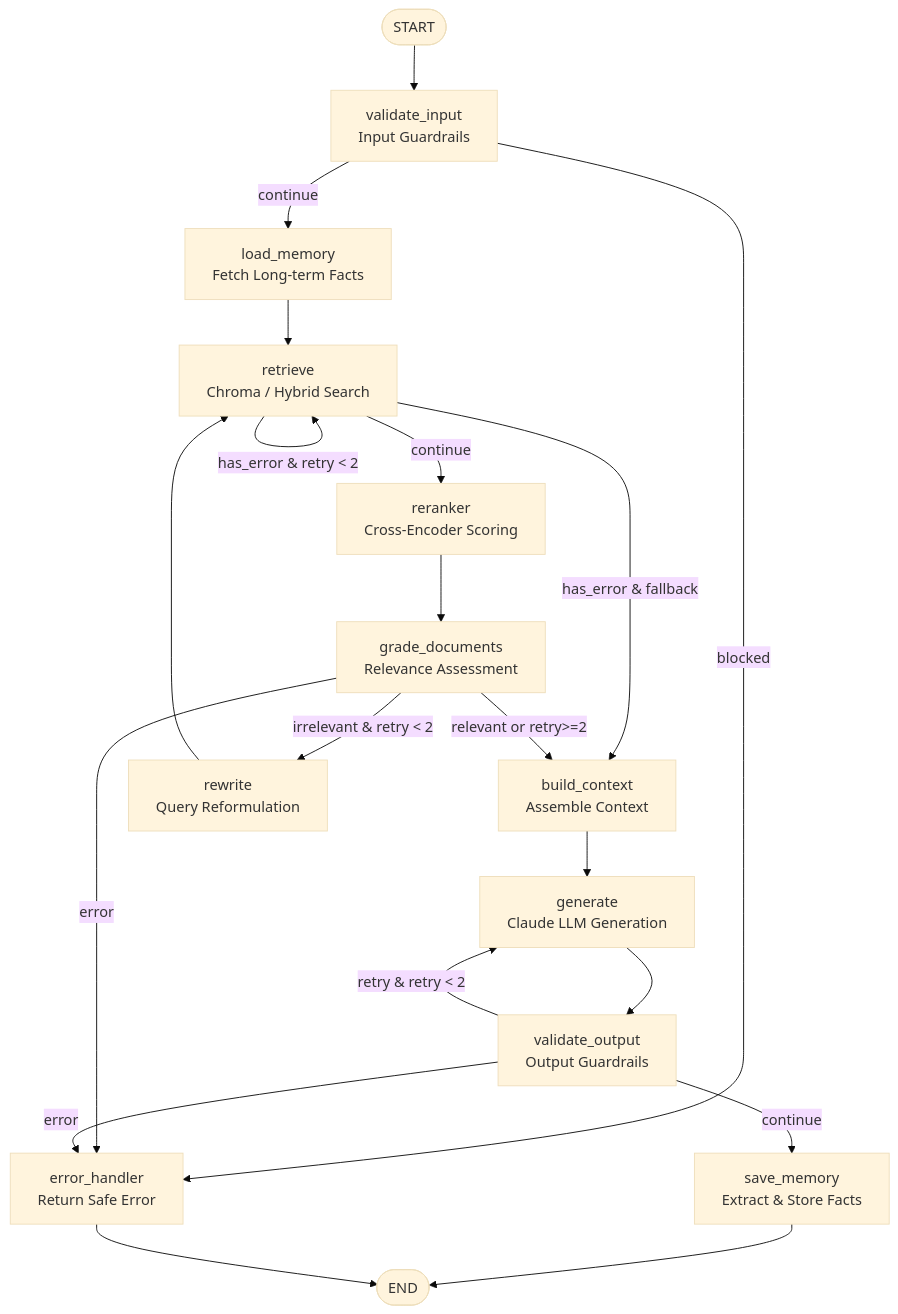
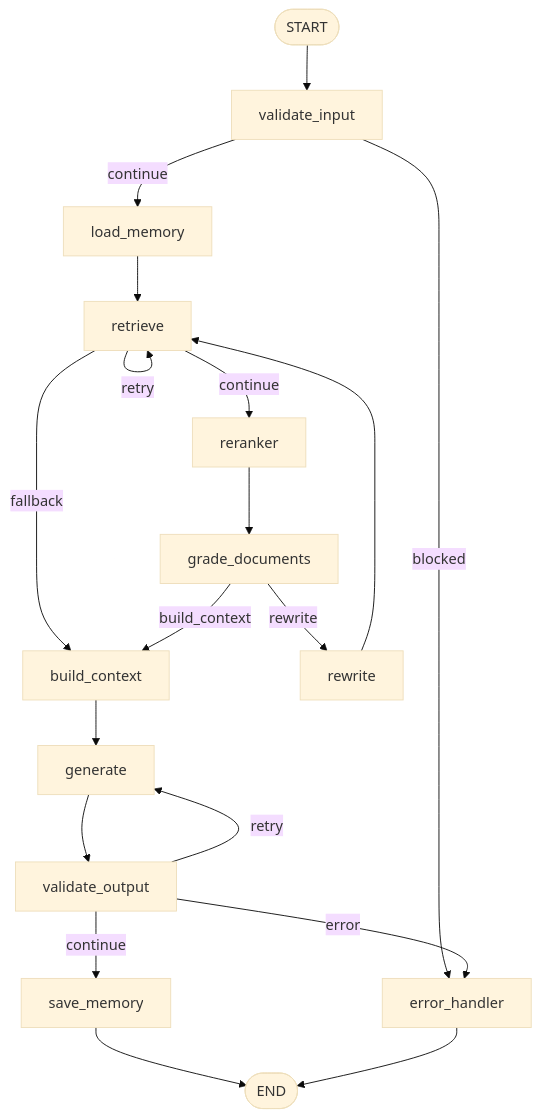
The second of 2 diagrams in PROJECT_WORKFLOW.md (selftaughtrahul/production_rag), drawn with Mermaid (base theme) before and after one commit. The commit also changed other lines of this file, not shown here.

````diff
--- a/PROJECT_WORKFLOW.md
+++ b/PROJECT_WORKFLOW.md
@@ -141,32 +178,21 @@
 ```mermaid
 flowchart TD
-    START([START]) --> validate_input[validate_input\nInput Guardrails]
-    
-    validate_input -->|blocked| error_handler[error_handler\nReturn Safe Error]
-    validate_input -->|continue| load_memory[load_memory\nFetch Long-term Facts]
-    
-    load_memory --> retrieve[retrieve\nChroma / Hybrid Search]
-    
-    retrieve -->|has_error & retry < 2| retrieve
-    retrieve -->|has_error & fallback| build_context[build_context\nAssemble Context]
-    retrieve -->|continue| reranker[reranker\nCross-Encoder Scoring]
-    
-    reranker --> grade_documents[grade_documents\nRelevance Assessment]
-    
-    grade_documents -->|relevant or retry>=2| build_context
-    grade_documents -->|irrelevant & retry < 2| rewrite[rewrite\nQuery Reformulation]
-    grade_documents -->|error| error_handler
-    
+    START([START]) --> validate_input
+    validate_input -->|blocked| error_handler
+    validate_input -->|continue| load_memory
+    load_memory --> retrieve
+    retrieve -->|retry| retrieve
+    retrieve -->|fallback| build_context
+    retrieve -->|continue| reranker
+    reranker --> grade_documents
+    grade_documents -->|rewrite| rewrite
+    grade_documents -->|build_context| build_context
     rewrite --> retrieve
-    
-    build_context --> generate[generate\nClaude LLM Generation]
-    
-    generate --> validate_output[validate_output\nOutput Guardrails]
-    
-    validate_output -->|retry & retry < 2| generate
+    build_context --> generate
+    generate --> validate_output
+    validate_output -->|retry| generate
+    validate_output -->|continue| save_memory
     validate_output -->|error| error_handler
-    validate_output -->|continue| save_memory[save_memory\nExtract & Store Facts]
-    
     save_memory --> END([END])
-    error_handler --> END([END])
+    error_handler --> END
 ```
````
